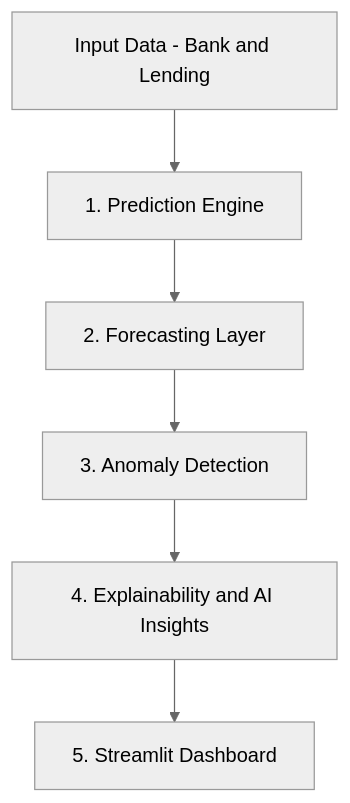
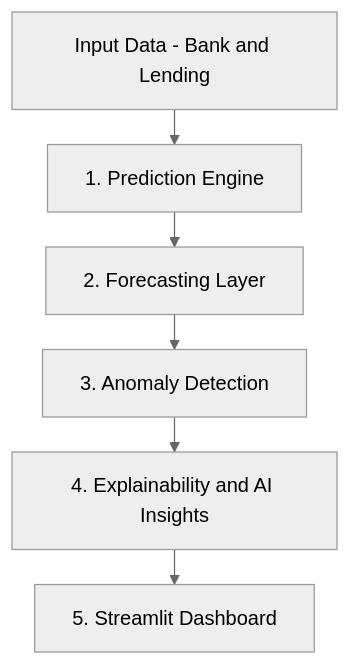
Before and after one commit to DevanshiGoyal/Finlytics: the diagram in README.md, drawn with Mermaid (neutral theme). The commit also changed other lines of this file, not shown here.

````diff
--- a/README.md
+++ b/README.md
@@ -34,8 +34,9 @@
 ```mermaid
+%%{init: {"flowchart": {"useMaxWidth": false, "diagramPadding": 4, "nodeSpacing": 18, "rankSpacing": 28}}}%%
 flowchart TD
     A[Input Data - Bank and Lending] --> B[1. Prediction Engine]
     B --> C[2. Forecasting Layer]
     C --> D[3. Anomaly Detection]
     D --> E[4. Explainability and AI Insights]
     E --> F[5. Streamlit Dashboard]
 ```
````
